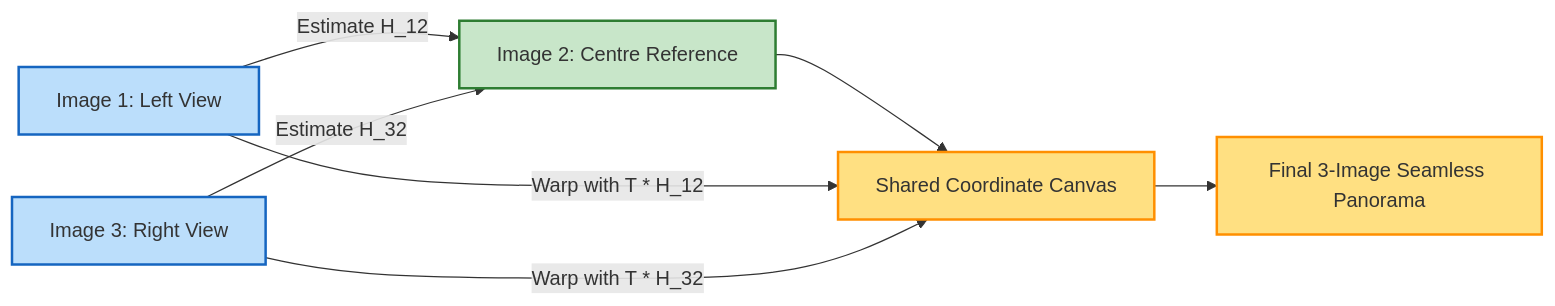
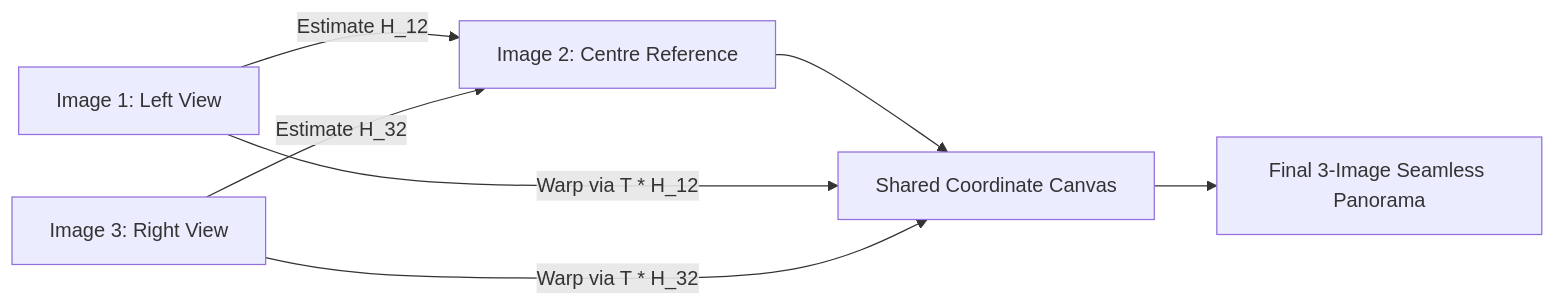
One commit to mhiskall282/Feature-Based-Image-Matching-and-Automatic-Panorama-Construction-Problem changed the second of 4 diagrams in README.md. Above: the diagram before and after it, drawn with Mermaid. The commit also changed other lines of this file and 12 other files, not shown here.

Commit message:
feat: high-contrast diagrams, polished UI, and cloud deployment configs for Vercel, Render, and Docker

````diff
--- a/README.md
+++ b/README.md
@@ -78,15 +76,11 @@
 ```mermaid
 graph LR
-    classDef ref fill:#C8E6C9,stroke:#2E7D32,stroke-width:2px;
-    classDef src fill:#BBDEFB,stroke:#1565C0,stroke-width:2px;
-    classDef out fill:#FFE082,stroke:#FF8F00,stroke-width:2px;
-
-    Img1[Image 1: Left View]:::src -->|Estimate H_12| Ref[Image 2: Centre Reference]:::ref
-    Img3[Image 3: Right View]:::src -->|Estimate H_32| Ref
+    Img1["Image 1: Left View"] -->|Estimate H_12| Ref["Image 2: Centre Reference"]
+    Img3["Image 3: Right View"] -->|Estimate H_32| Ref
     
-    Ref --> Canvas[Shared Coordinate Canvas]:::out
-    Img1 -->|Warp with T * H_12| Canvas
-    Img3 -->|Warp with T * H_32| Canvas
+    Ref --> Canvas["Shared Coordinate Canvas"]
+    Img1 -->|Warp via T * H_12| Canvas
+    Img3 -->|Warp via T * H_32| Canvas
     
-    Canvas --> Blended[Final 3-Image Seamless Panorama]:::out
+    Canvas --> Blended["Final 3-Image Seamless Panorama"]
 ```
````
